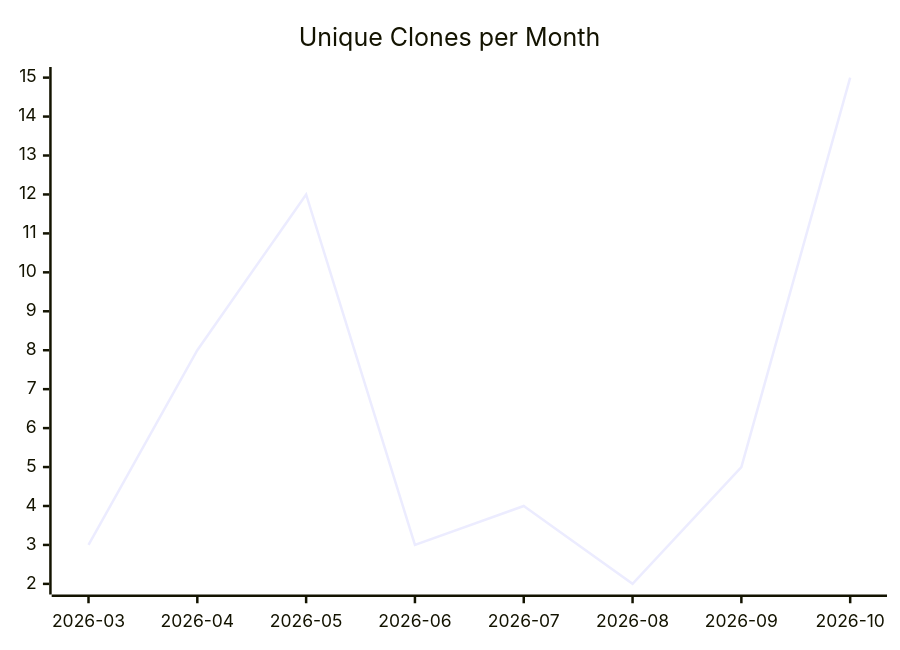
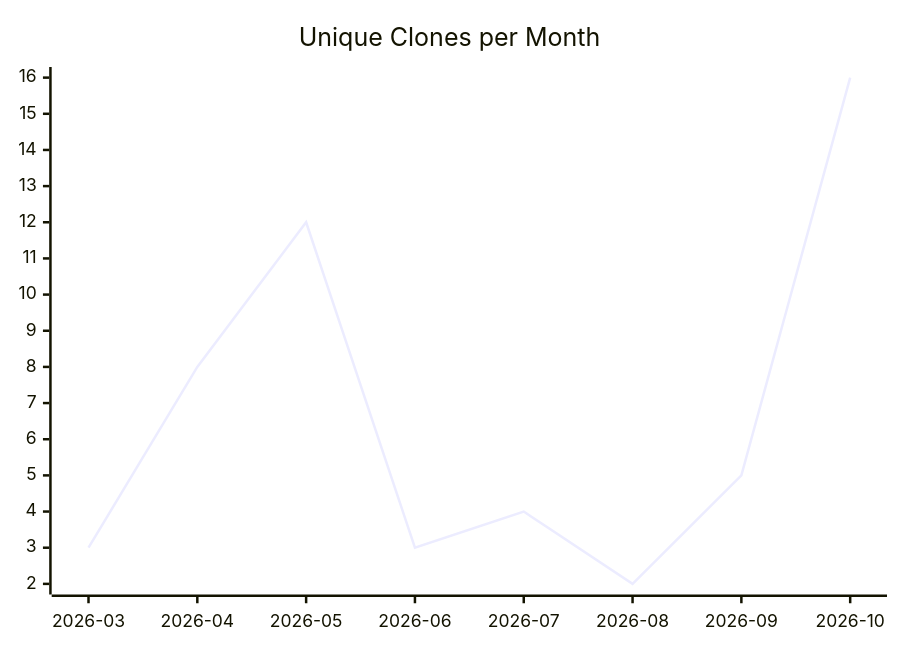
The third of 3 diagrams in karlmdavis/puppet-sonar/README.md (justdavis-family/github-analytics-data), drawn with Mermaid before and after one commit. The commit also changed other lines of this file and 198 other files, not shown here.

````diff
--- a/karlmdavis/puppet-sonar/README.md
+++ b/karlmdavis/puppet-sonar/README.md
@@ -19,6 +19,6 @@
 ```mermaid
 xychart-beta
   title "Unique Clones per Month"
   x-axis ["2026-03", "2026-04", "2026-05", "2026-06", "2026-07", "2026-08", "2026-09", "2026-10"]
-  line [3, 8, 12, 3, 4, 2, 5, 15]
+  line [3, 8, 12, 3, 4, 2, 5, 16]
 ```
````
